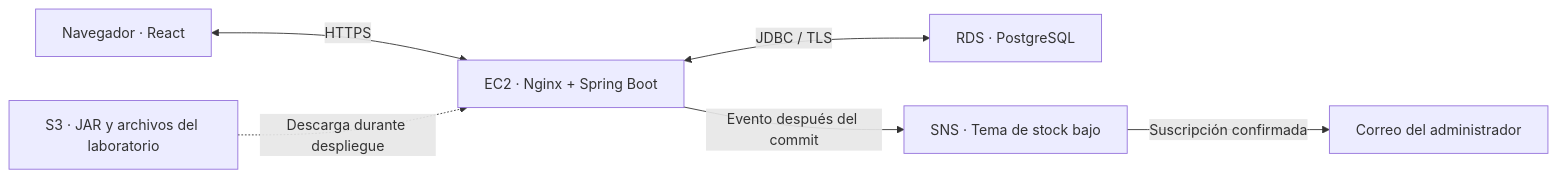
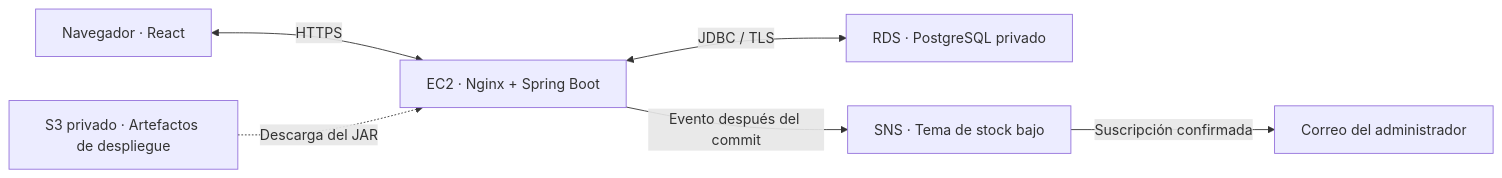
The diagram in README.md (Andre1825/TechStore), drawn with Mermaid before and after one commit. The commit also changed other lines of this file and 9 other files, not shown here.

````diff
--- a/README.md
+++ b/README.md
@@ -22,8 +22,8 @@
 ```mermaid
 flowchart LR
     B["Navegador · React"] <-->|HTTPS| E["EC2 · Nginx + Spring Boot"]
-    E <-->|"JDBC / TLS"| R["RDS · PostgreSQL"]
-    S["S3 · JAR y archivos del laboratorio"] -.->|"Descarga durante despliegue"| E
+    E <-->|"JDBC / TLS"| R["RDS · PostgreSQL privado"]
+    S["S3 privado · Artefactos de despliegue"] -.->|"Descarga del JAR"| E
     E -->|"Evento después del commit"| N["SNS · Tema de stock bajo"]
     N -->|"Suscripción confirmada"| A["Correo del administrador"]
 ```
````
